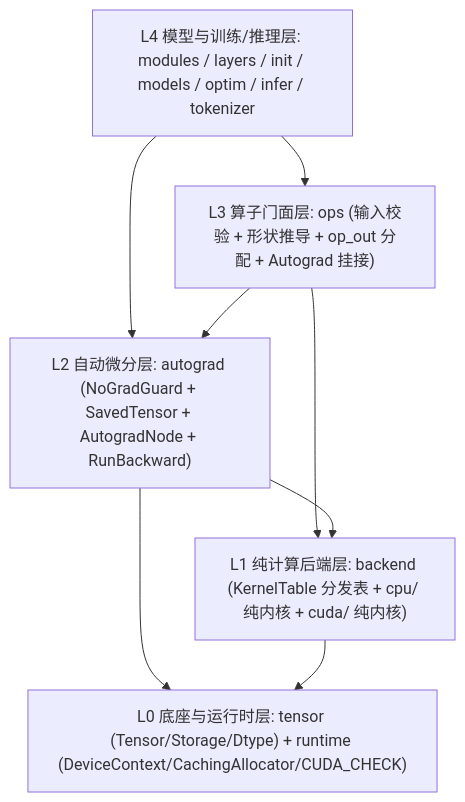
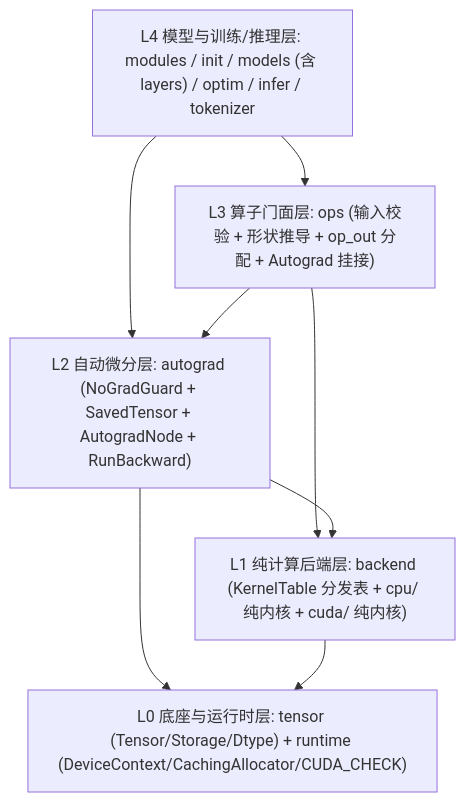
Before and after one commit to szfmsmdx/mini-infer: the diagram in note/design/框架架构设计.md, drawn with Mermaid. The commit also changed other lines of this file and 12 other files, not shown here.

````diff
--- a/note/design/框架架构设计.md
+++ b/note/design/框架架构设计.md
@@ -13,16 +13,16 @@
 ```mermaid
 flowchart TD
-    L4["L4 模型与训练/推理层: modules / layers / init / models / optim / infer / tokenizer"]
+    L4["L4 模型与训练/推理层: modules / init / models (含 layers) / optim / infer / tokenizer"]
     L3["L3 算子门面层: ops (输入校验 + 形状推导 + op_out 分配 + Autograd 挂接)"]
     L2["L2 自动微分层: autograd (NoGradGuard + SavedTensor + AutogradNode + RunBackward)"]
     L1["L1 纯计算后端层: backend (KernelTable 分发表 + cpu/ 纯内核 + cuda/ 纯内核)"]
     L0["L0 底座与运行时层: tensor (Tensor/Storage/Dtype) + runtime (DeviceContext/CachingAllocator/CUDA_CHECK)"]
 
     L4 --> L3
     L4 --> L2
     L3 --> L2
     L3 --> L1
     L2 --> L1
     L2 --> L0
     L1 --> L0
 ```
````
